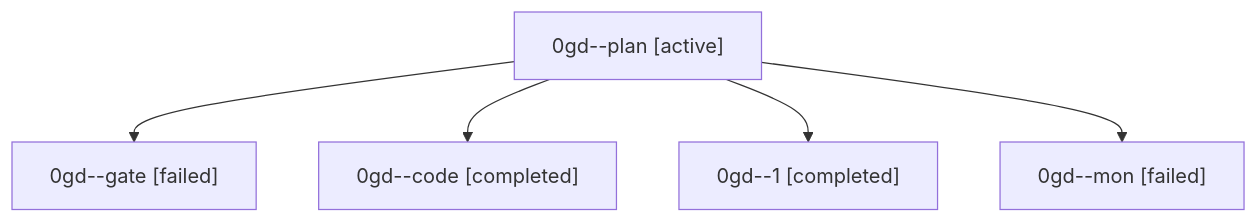
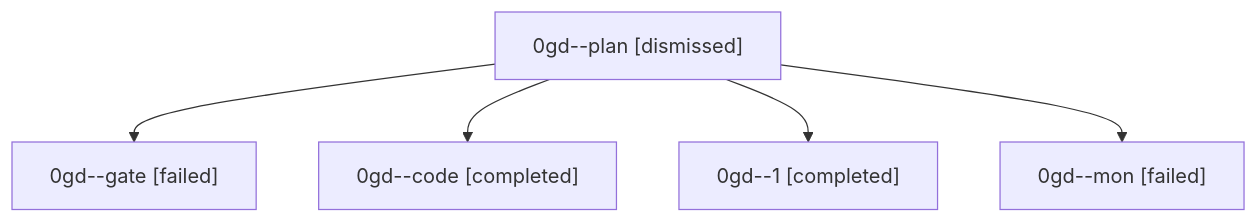
One commit to sase-org/sase--agents changed the diagram in sessions/bbugyi200.athena.0gd.md. Above: the diagram before and after it, drawn with Mermaid. The commit also changed other lines of this file and 24 other files, not shown here.

````diff
--- a/sessions/bbugyi200.athena.0gd.md
+++ b/sessions/bbugyi200.athena.0gd.md
@@ -9,12 +9,12 @@
 ```mermaid
 flowchart TD
-  n0["0gd--plan [active]"]
+  n0["0gd--plan [dismissed]"]
   n1["0gd--gate [failed]"]
   n0 --> n1
   n2["0gd--code [completed]"]
   n0 --> n2
   n3["0gd--1 [completed]"]
   n0 --> n3
   n4["0gd--mon [failed]"]
   n0 --> n4
 ```
````
